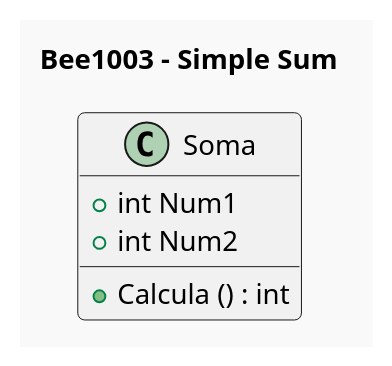
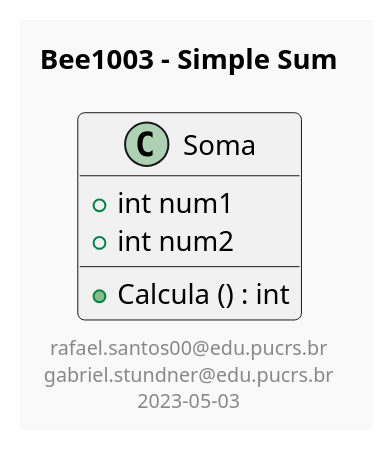
One commit to F4NT0/BeeCrowdProblems changed the diagram in Simple_Sum.puml. Above: the diagram before and after it, drawn with PlantUML.

```diff
--- a/Simple_Sum.puml
+++ b/Simple_Sum.puml
@@ -1,11 +1,16 @@
 @startuml
 !theme mars
 Title Bee1003 - Simple Sum
 
-class Soma{
-  + int Num1
-  + int Num2
+class Soma {
+  + int num1
+  + int num2
   + Calcula () : int
-  
 }
+
+footer
+  rafael.santos00@edu.pucrs.br
+  gabriel.stundner@edu.pucrs.br
+  2023-05-03
+end footer
 @enduml
```
